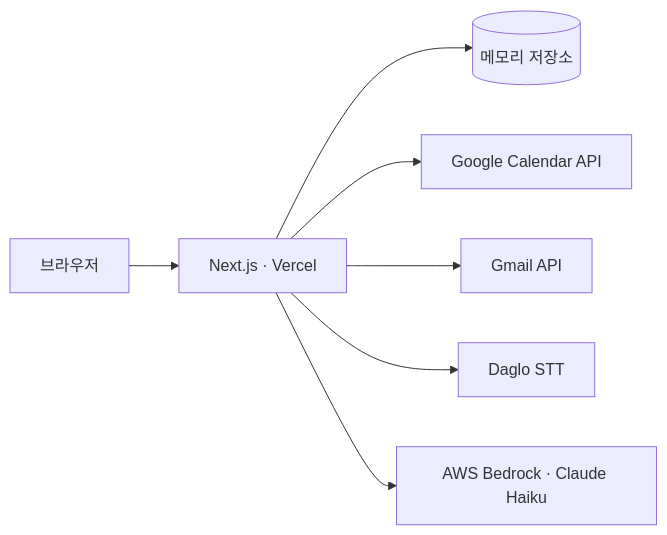
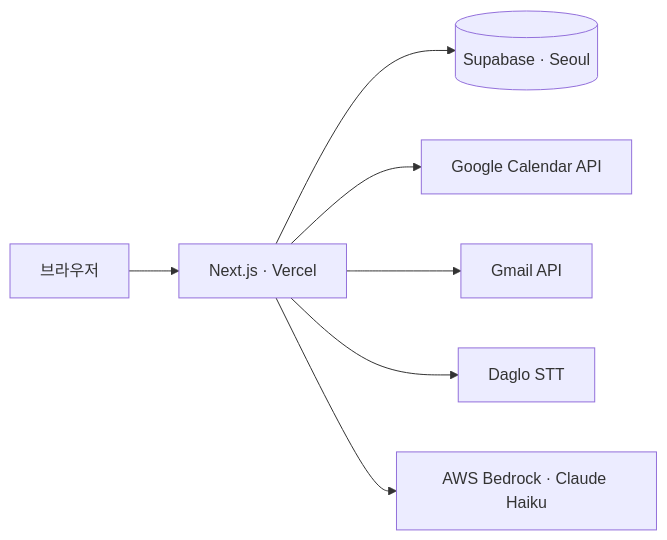
One commit to nxtcloud-edu/2026-kmuct-kt-team09 changed the second of 2 diagrams in README.md. Above: the diagram before and after it, drawn with Mermaid. The commit also changed other lines of this file, not shown here.

````diff
--- a/README.md
+++ b/README.md
@@ -156,9 +156,9 @@
 ```mermaid
 flowchart LR
     U[브라우저] --> N[Next.js · Vercel]
-    N --> ST[(메모리 저장소)]
+    N --> ST[(Supabase · Seoul)]
     N --> GC[Google Calendar API]
     N --> GM[Gmail API]
     N --> DG[Daglo STT]
     N --> BR[AWS Bedrock · Claude Haiku]
 ```
````
